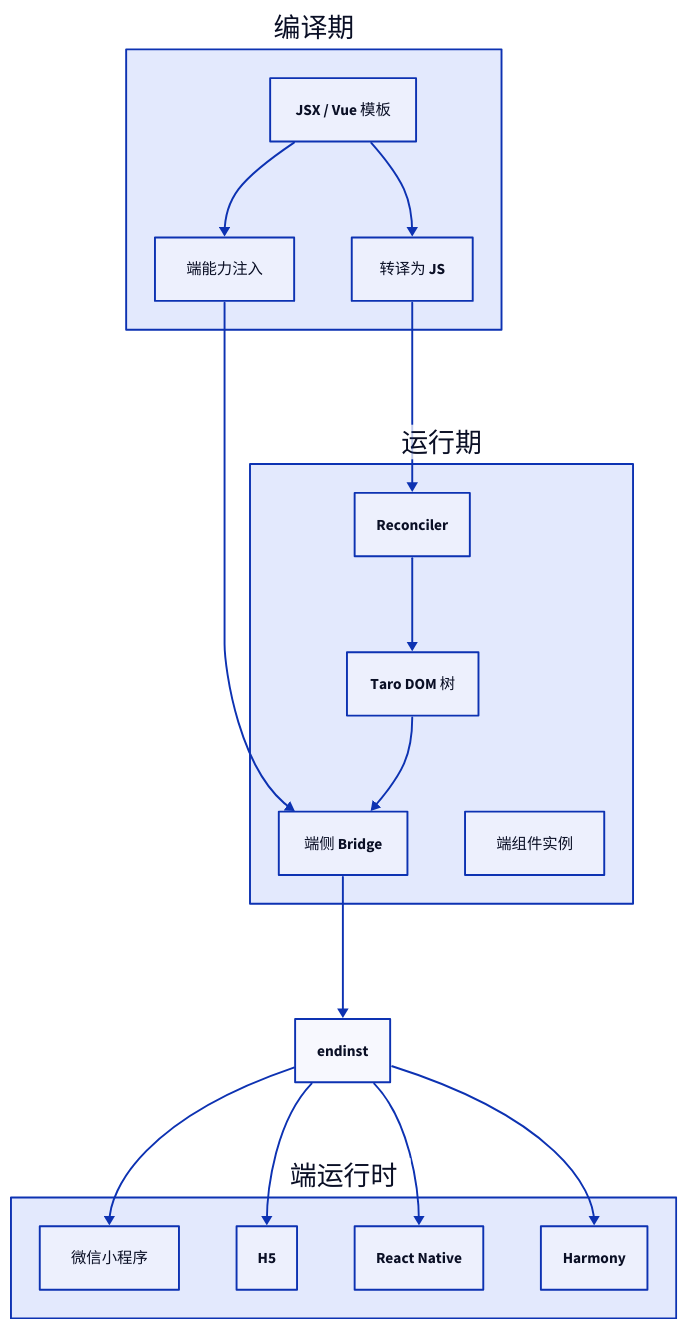
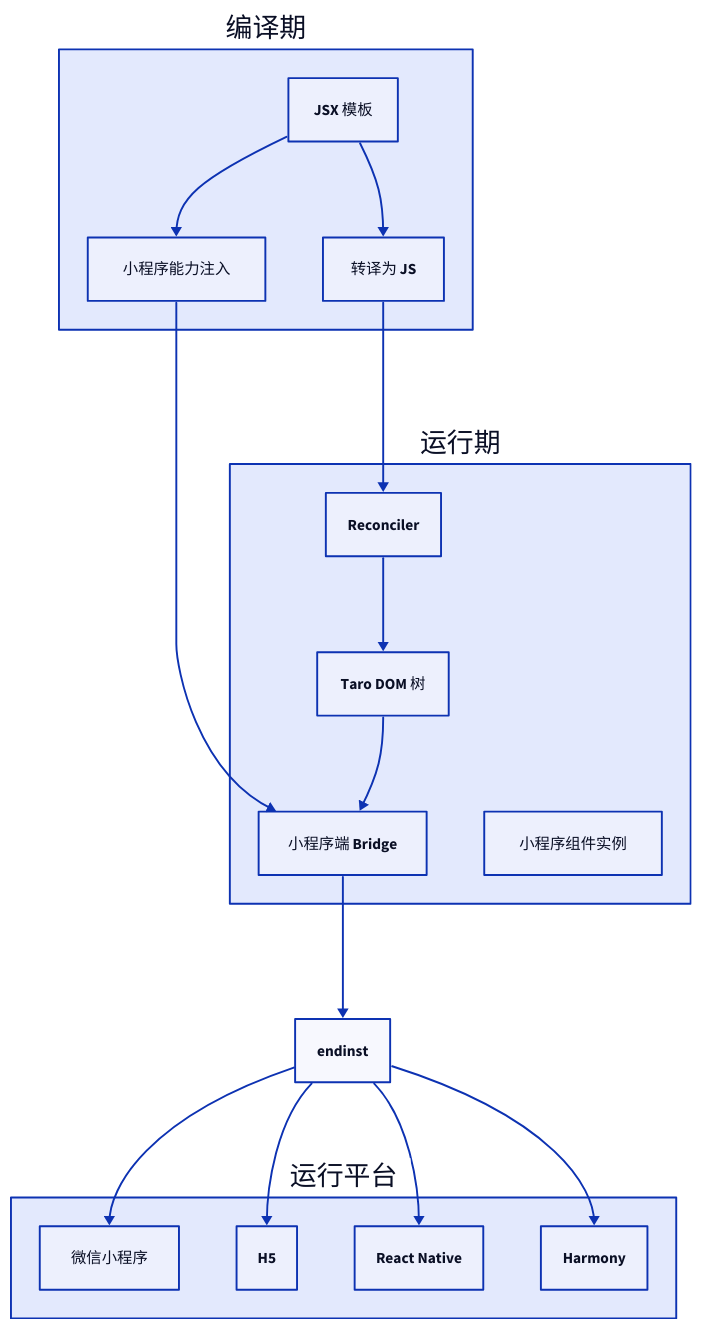
Before and after one commit to youngluo/thinking: the fourth of 16 diagrams in apps/docs/experiences/微信小程序/Taro 原理与实践.md, drawn with D2. The commit also changed other lines of this file and 1 other file, not shown here.

````diff
--- a/apps/docs/experiences/微信小程序/Taro 原理与实践.md
+++ b/apps/docs/experiences/微信小程序/Taro 原理与实践.md
@@ -230,41 +204,41 @@
 ```d2
 direction: down
 
 compile: 编译期 {
   class: group
 
-  dsl: JSX / Vue 模板
+  dsl: JSX 模板
   js: 转译为 JS
-  inject: 端能力注入
+  inject: 小程序能力注入
 }
 
 runtime: 运行期 {
   class: group
 
   reconcile: Reconciler
   dom: Taro DOM 树
-  bridge: 端侧 Bridge
-  endinst: 端组件实例
+  bridge: 小程序端 Bridge
+  endinst: 小程序组件实例
 }
 
-end: 端运行时 {
+end: 运行平台 {
   class: group
 
   weapp: 微信小程序
   h5: H5
   rn: React Native
   harmony: Harmony
 }
 
 compile.dsl -> compile.js
 compile.dsl -> compile.inject
 compile.js -> runtime.reconcile
 compile.inject -> runtime.bridge
 runtime.reconcile -> runtime.dom
 runtime.dom -> runtime.bridge
 runtime.bridge -> endinst
 endinst -> end.weapp
 endinst -> end.h5
 endinst -> end.rn
 endinst -> end.harmony
 ```
````
